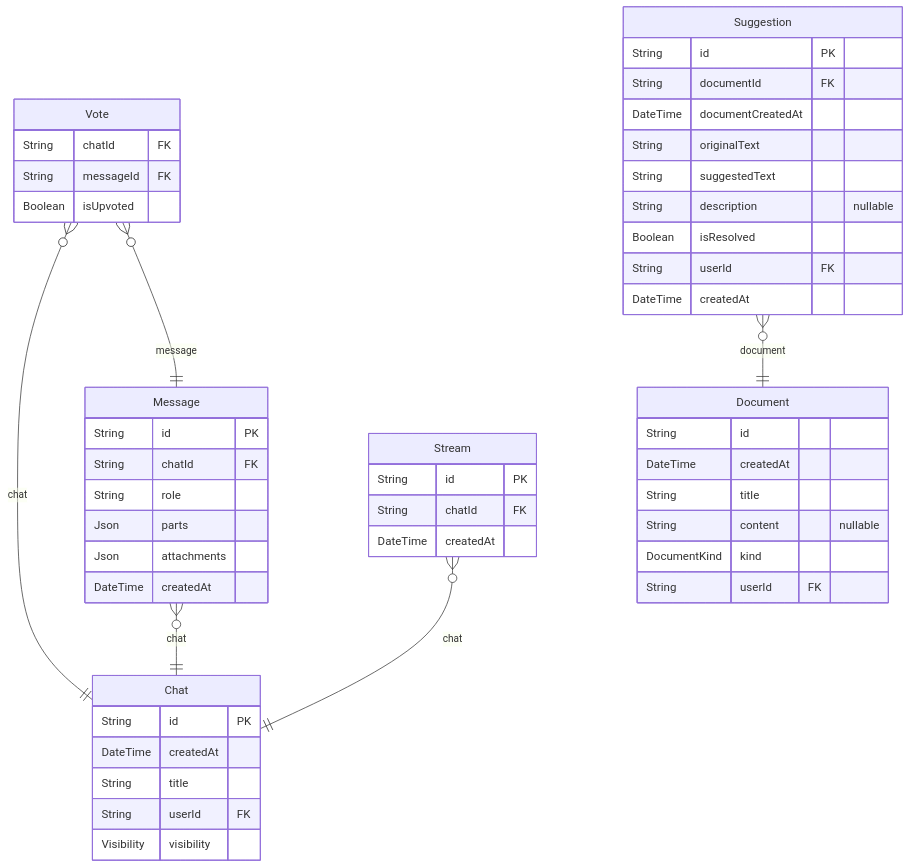
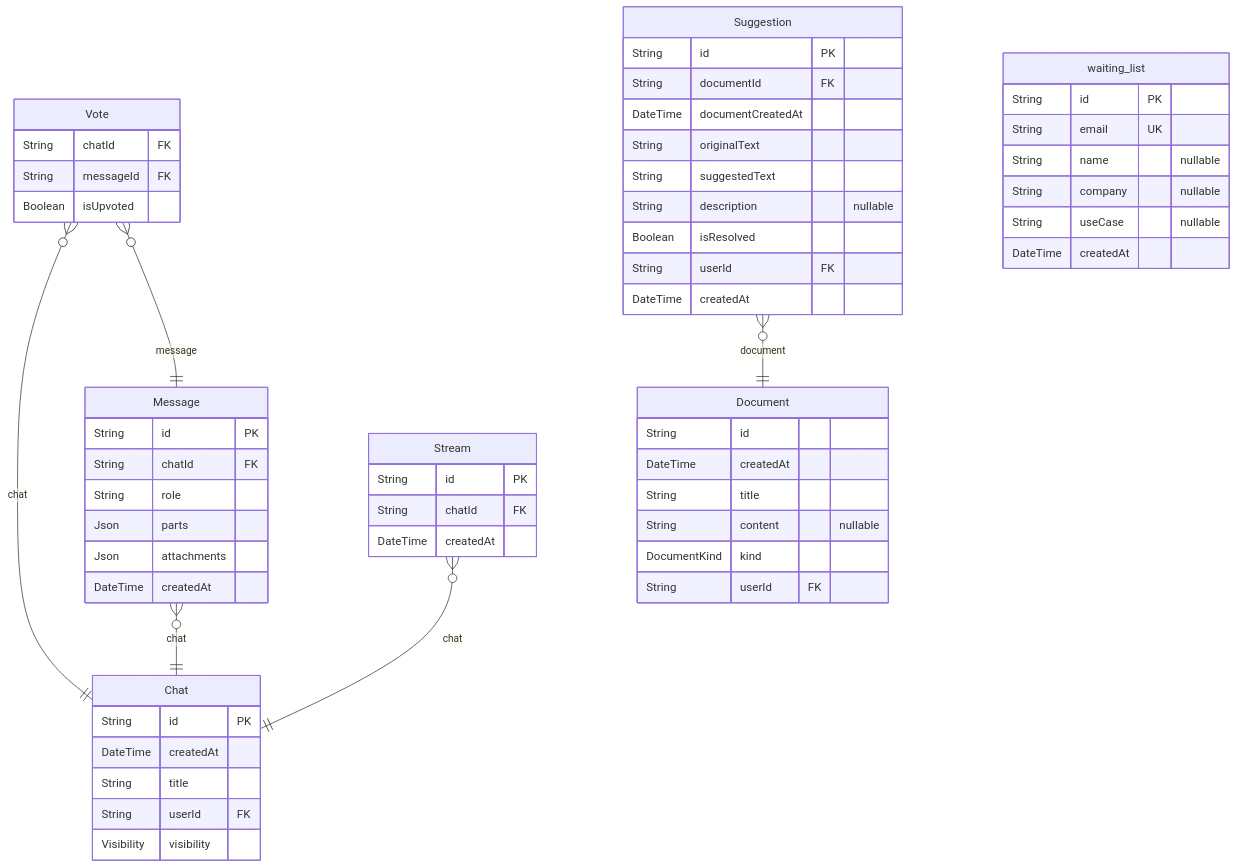
Before and after one commit to rayven122/tumiki: the sixth of 6 diagrams in packages/db/prisma/README.md, drawn with Mermaid. The commit also changed other lines of this file and 14 other files, not shown here.

````diff
--- a/packages/db/prisma/README.md
+++ b/packages/db/prisma/README.md
@@ -734,52 +734,60 @@
 ```mermaid
 erDiagram
 "Chat" {
   String id PK
   DateTime createdAt
   String title
   String userId FK
   Visibility visibility
 }
 "Message" {
   String id PK
   String chatId FK
   String role
   Json parts
   Json attachments
   DateTime createdAt
 }
 "Vote" {
   String chatId FK
   String messageId FK
   Boolean isUpvoted
 }
 "Document" {
   String id
   DateTime createdAt
   String title
   String content "nullable"
   DocumentKind kind
   String userId FK
 }
 "Suggestion" {
   String id PK
   String documentId FK
   DateTime documentCreatedAt
   String originalText
   String suggestedText
   String description "nullable"
   Boolean isResolved
   String userId FK
   DateTime createdAt
 }
 "Stream" {
   String id PK
   String chatId FK
   DateTime createdAt
 }
+"waiting_list" {
+  String id PK
+  String email UK
+  String name "nullable"
+  String company "nullable"
+  String useCase "nullable"
+  DateTime createdAt
+}
 "Message" }o--|| "Chat" : chat
 "Vote" }o--|| "Chat" : chat
 "Vote" }o--|| "Message" : message
 "Suggestion" }o--|| "Document" : document
 "Stream" }o--|| "Chat" : chat
 ```
````
